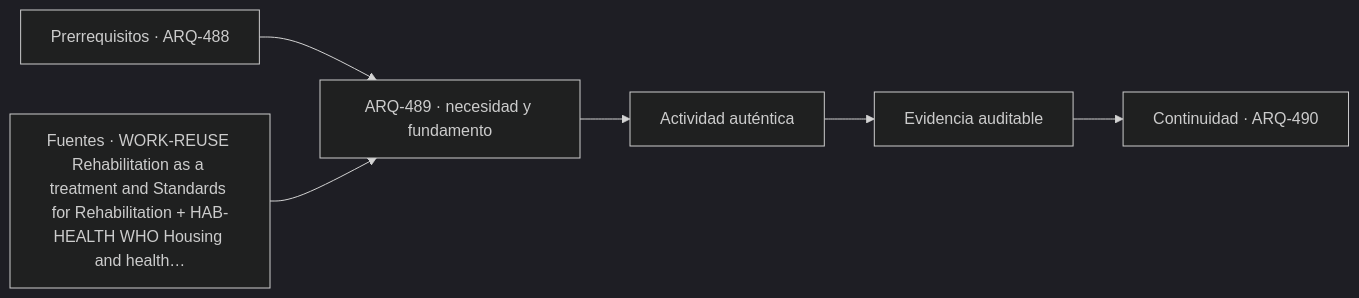
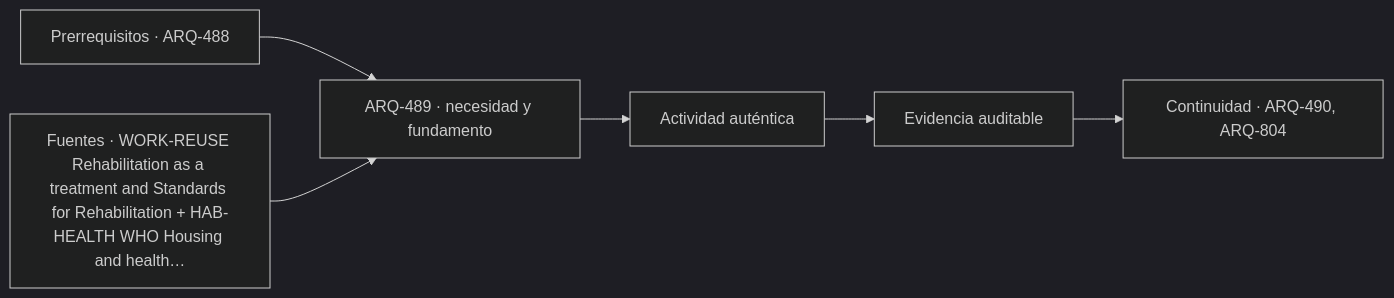
The diagram in classes/parte-49/ARQ-489.md (vladimiracunadev-create/architecture-built-environment-learning-program), drawn with Mermaid (dark theme) before and after one commit. The commit also changed other lines of this file and 234 other files, not shown here.

````diff
--- a/classes/parte-49/ARQ-489.md
+++ b/classes/parte-49/ARQ-489.md
@@ -101,8 +101,8 @@
 ```mermaid
 flowchart LR
     A["Prerrequisitos · ARQ-488"] --> B["ARQ-489 · necesidad y fundamento"]
     S["Fuentes · WORK-REUSE Rehabilitation as a treatment and Standards for Rehabilitation + HAB-HEALTH WHO Housing and health…"] --> B
     B --> C["Actividad auténtica"]
     C --> D["Evidencia auditable"]
-    D --> E["Continuidad · ARQ-490"]
+    D --> E["Continuidad · ARQ-490, ARQ-804"]
 ```
````
